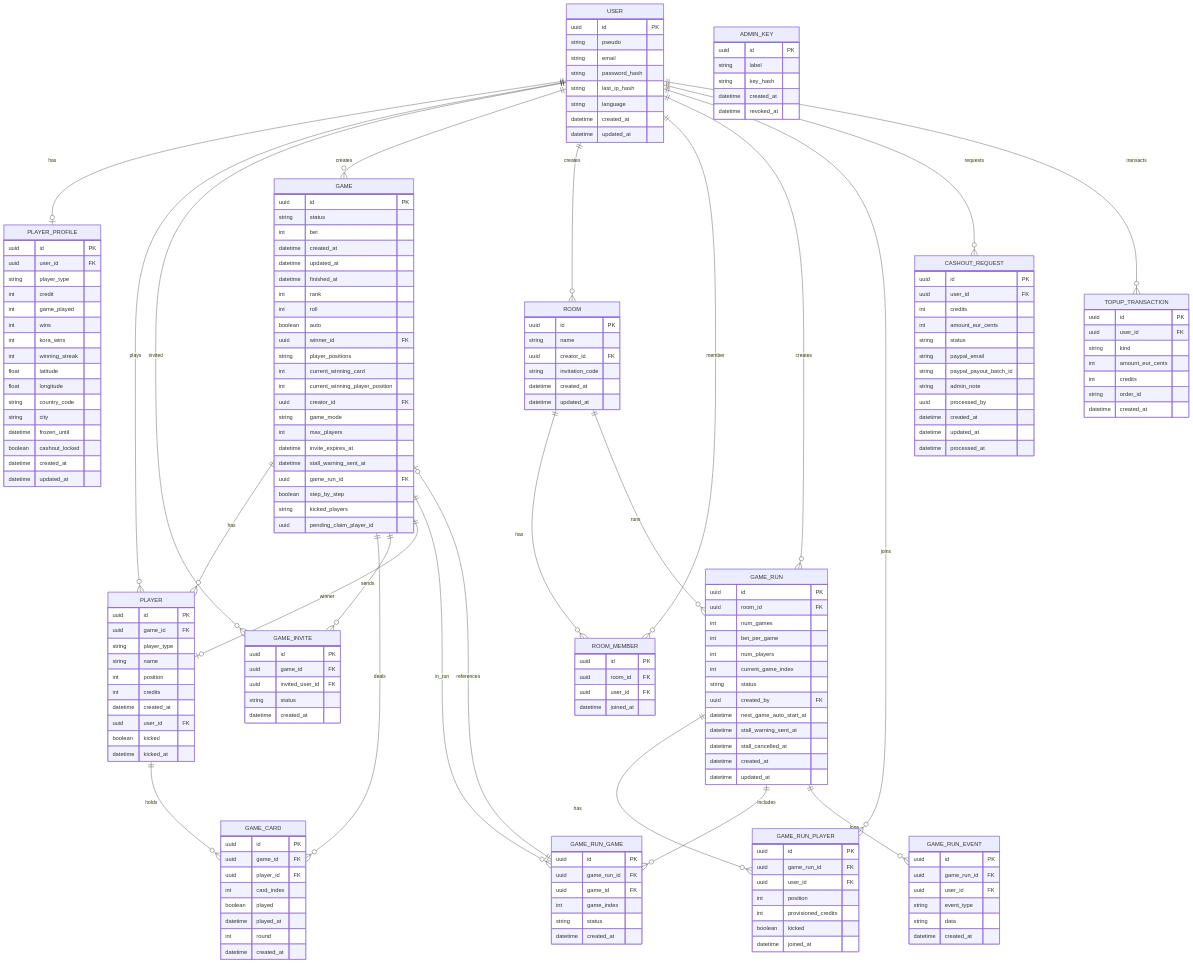
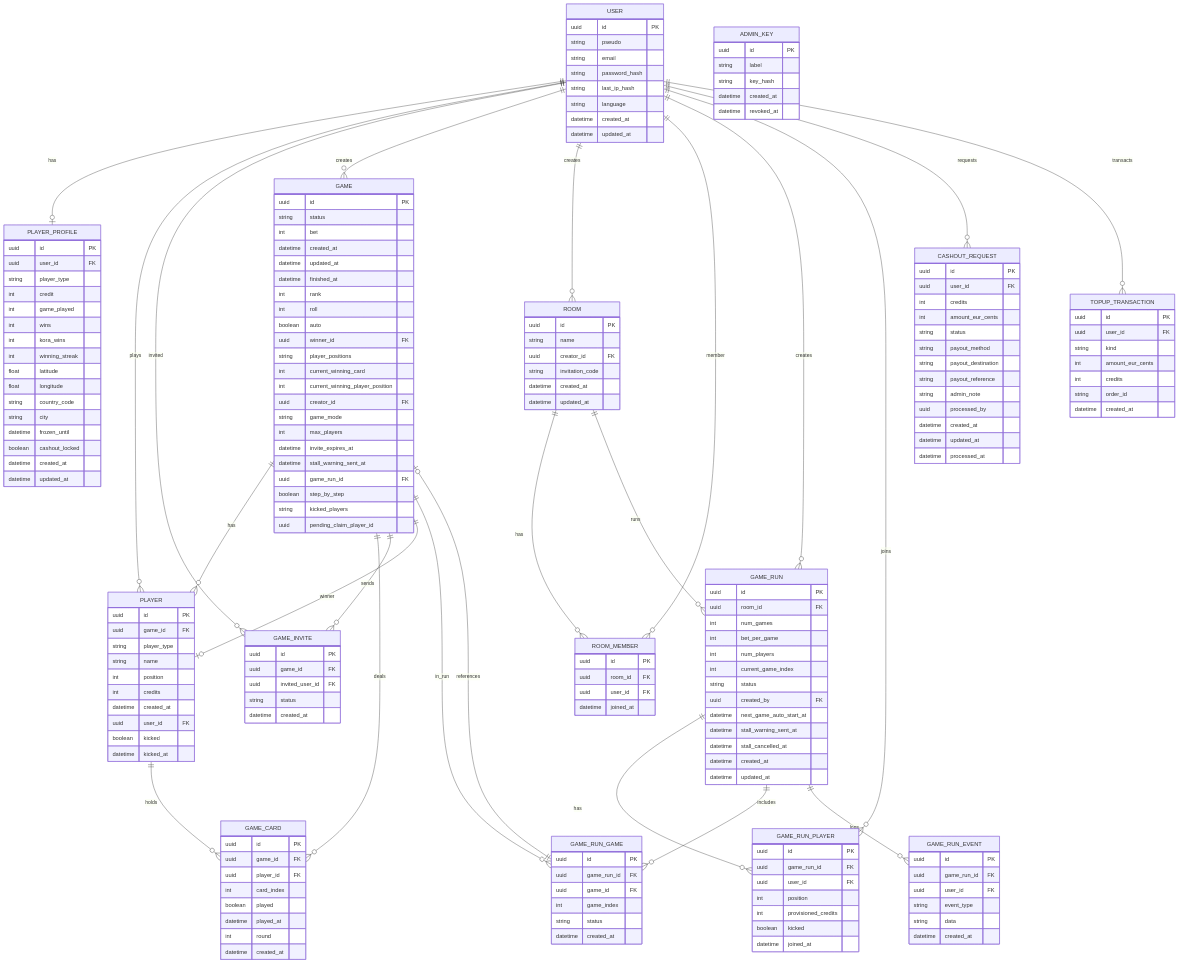
Diagram 33 of 33 in docs/DESIGN.md (jtombiamba/rust_jambo), drawn with Mermaid before and after one commit. The commit also changed other lines of this file and 82 other files, not shown here.

```diff
--- a/docs/DESIGN.md
+++ b/docs/DESIGN.md
@@ -2161,8 +2168,9 @@
     int credits
     int amount_eur_cents
     string status
-    string paypal_email
-    string paypal_payout_batch_id
+    string payout_method
+    string payout_destination
+    string payout_reference
     string admin_note
     uuid processed_by
     datetime created_at
```
